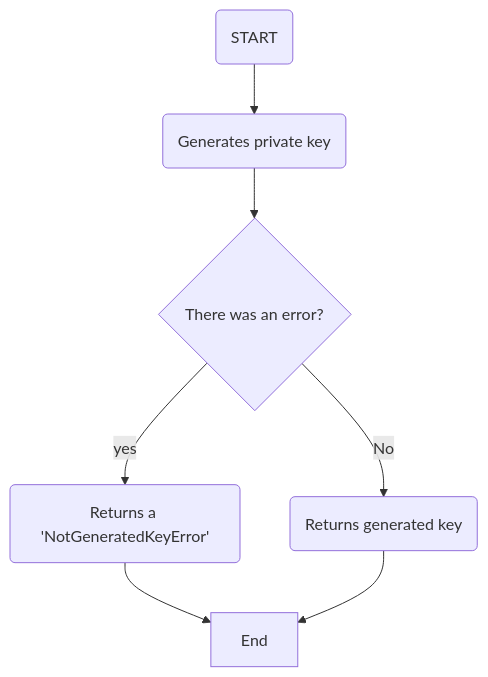
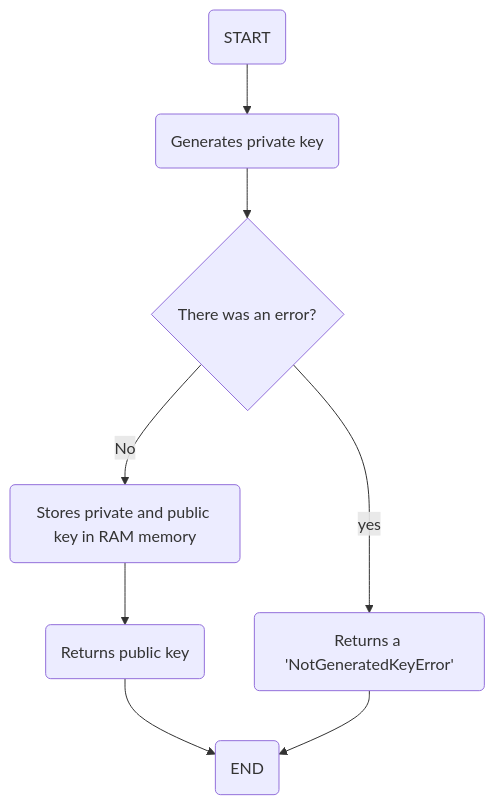
Before and after one commit to ripterdust/anon_chat: the diagram in design/HLD.md, drawn with Mermaid. The commit also changed other lines of this file, not shown here.

Commit message:
Improved private key generator diagram

````diff
--- a/design/HLD.md
+++ b/design/HLD.md
@@ -30,12 +30,11 @@
 ```mermaid
 flowchart
 A("START") --> B("Generates private key")
 B --> C{"There was an error?"}
 C -->|yes| D("Returns a 'NotGeneratedKeyError'")
-C -->|No| G("Returns generated key")
-D --> F[End]
-G --> F
-
-
+C -->|No| G("Stores private and public key in RAM memory")
+G --> H("Returns public key")
+H --> I("END")
+D --> I
 
 ```
````
